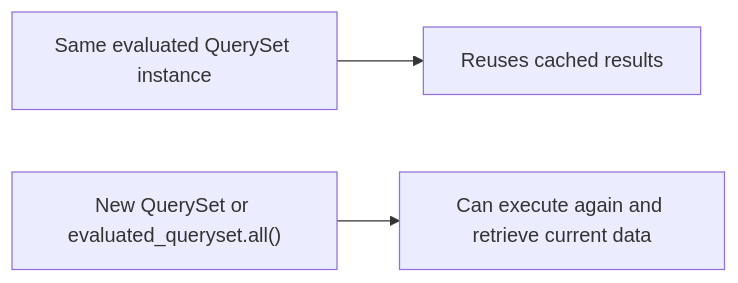
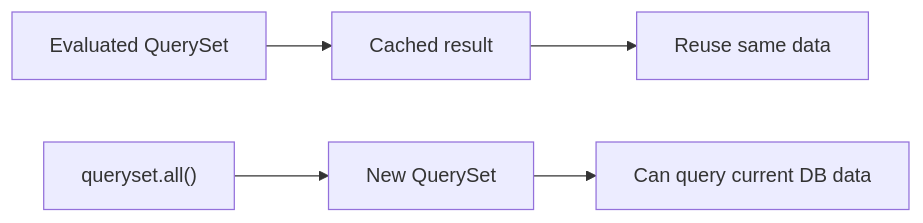
Before and after one commit to AvadhBhalodiya/Interview-Preparation: the third of 5 diagrams in src/content/django/orm-querysets-lazy-evaluation.md, drawn with Mermaid. The commit also changed other lines of this file and 80 other files, not shown here.

````diff
--- a/src/content/django/orm-querysets-lazy-evaluation.md
+++ b/src/content/django/orm-querysets-lazy-evaluation.md
@@ -528,5 +555,8 @@
 ```mermaid
 flowchart LR
-    A[Same evaluated QuerySet instance] --> B[Reuses cached results]
-    C["New QuerySet or evaluated_queryset.all()"] --> D[Can execute again and retrieve current data]
+    A["Evaluated QuerySet"] --> B["Cached result"]
+    B --> C["Reuse same data"]
+
+    D["queryset.all()"] --> E["New QuerySet"]
+    E --> F["Can query current DB data"]
 ```
````
